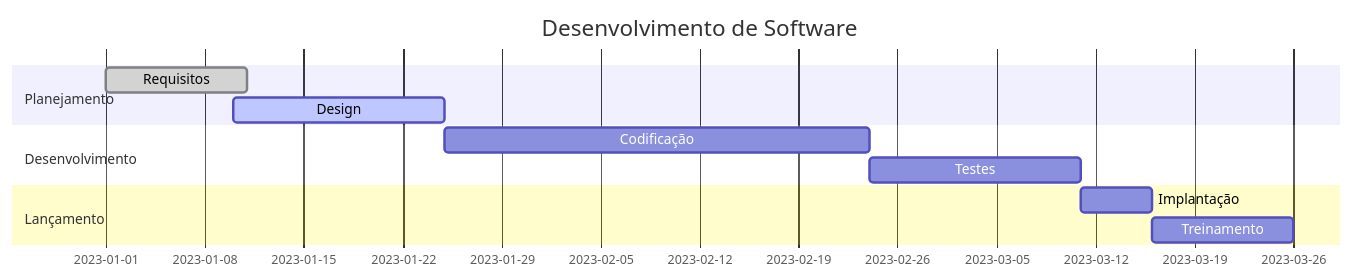
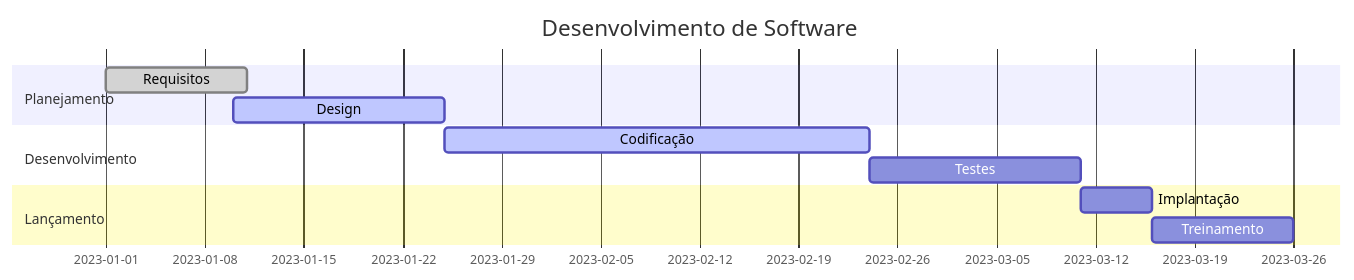
Before and after one commit to ramtrigodev/grafico_gant: the first of 3 diagrams in README.md, drawn with Mermaid.

````diff
--- a/README.md
+++ b/README.md
@@ -2,22 +2,22 @@
 ```mermaid
     gantt
 
     title Desenvolvimento de Software
     dateFormat  YYYY-MM-DD
     
     section Planejamento
     Requisitos      :done, req, 2023-01-01, 10d
     Design          :active, des, 2023-01-10, 15d
     
     section Desenvolvimento
-    Codificação     :dev, 2023-01-25, 30d
+    Codificação     :active, 2023-01-25, 30d
     Testes          :test, after dev, 15d
     
     section Lançamento
     Implantação     :dep, after test, 5d
     Treinamento     :tra, after dep, 10d
 
 
 
   
 ```
````
